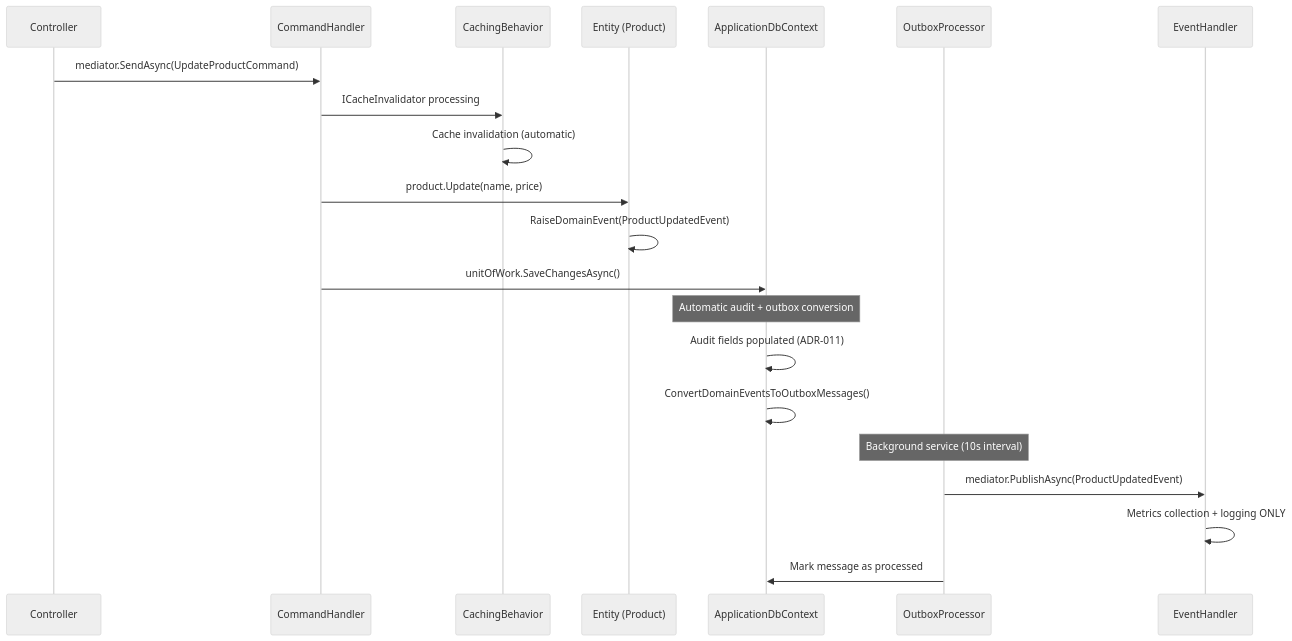
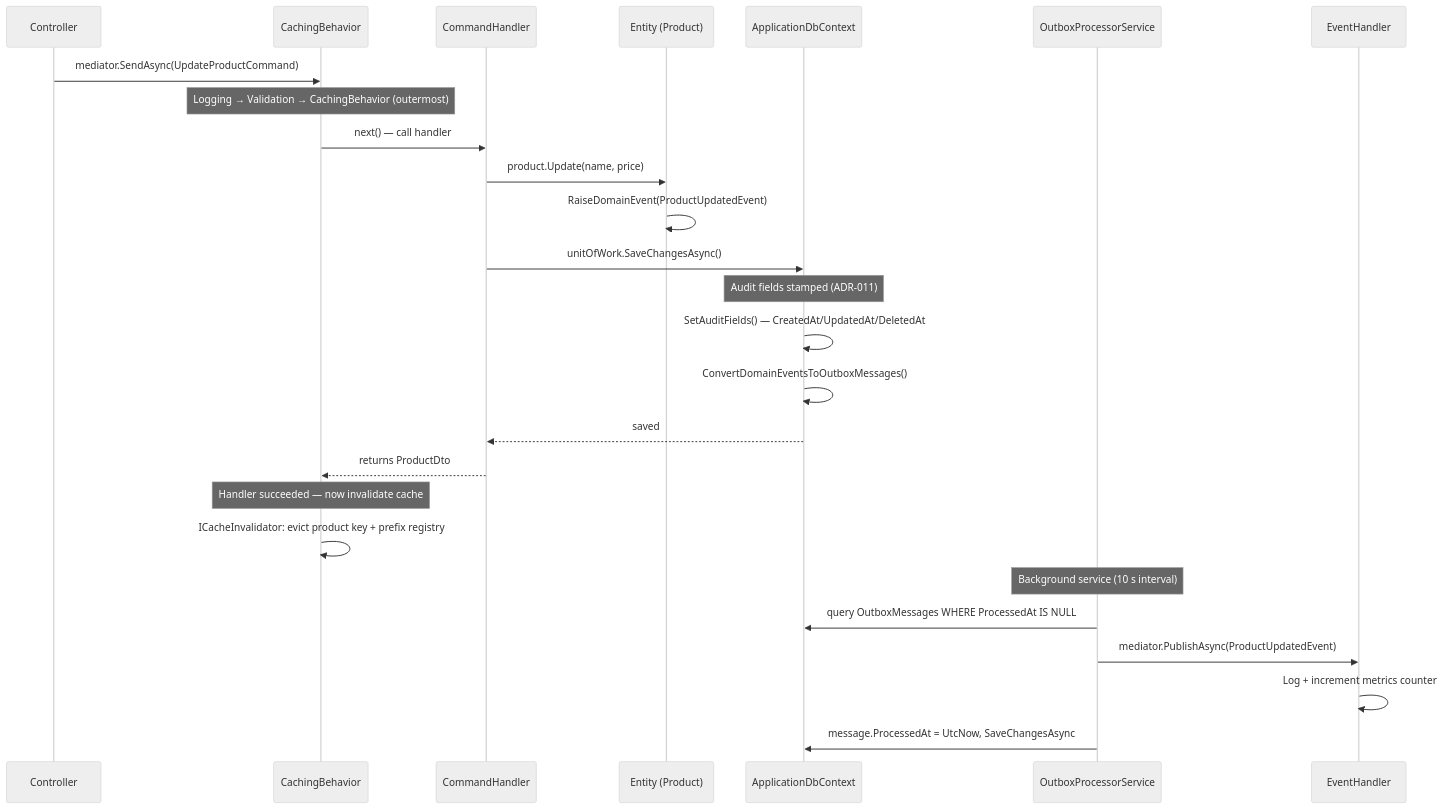
The diagram in docs/DOMAIN_EVENTS.md (MateusjsSilva/DotNet.CleanArchitecture), drawn with Mermaid (neutral theme) before and after one commit. The commit also changed other lines of this file and 10 other files, not shown here.

Commit message:
refactor: Update documentation for Domain Events and Clean Architecture, clarify caching and audit mechanisms

````diff
--- a/docs/DOMAIN_EVENTS.md
+++ b/docs/DOMAIN_EVENTS.md
@@ -9,26 +9,30 @@
 ```mermaid
 sequenceDiagram
     participant C as Controller
+    participant CB as CachingBehavior
     participant H as CommandHandler
-    participant CB as CachingBehavior
     participant E as Entity (Product)
     participant DB as ApplicationDbContext
-    participant O as OutboxProcessor
+    participant O as OutboxProcessorService
     participant EH as EventHandler
 
-    C->>H: mediator.SendAsync(UpdateProductCommand)
-    H->>CB: ICacheInvalidator processing
-    CB->>CB: Cache invalidation (automatic)
+    C->>CB: mediator.SendAsync(UpdateProductCommand)
+    Note over CB: Logging → Validation → CachingBehavior (outermost)
+    CB->>H: next() — call handler
     H->>E: product.Update(name, price)
     E->>E: RaiseDomainEvent(ProductUpdatedEvent)
     H->>DB: unitOfWork.SaveChangesAsync()
+    Note over DB: Audit fields stamped (ADR-011)
+    DB->>DB: SetAuditFields() — CreatedAt/UpdatedAt/DeletedAt
+    DB->>DB: ConvertDomainEventsToOutboxMessages()
+    DB-->>H: saved
+    H-->>CB: returns ProductDto
+    Note over CB: Handler succeeded — now invalidate cache
+    CB->>CB: ICacheInvalidator: evict product key + prefix registry
 
-    Note over DB: Automatic audit + outbox conversion
-    DB->>DB: Audit fields populated (ADR-011)
-    DB->>DB: ConvertDomainEventsToOutboxMessages()
-
-    Note over O: Background service (10s interval)
+    Note over O: Background service (10 s interval)
+    O->>DB: query OutboxMessages WHERE ProcessedAt IS NULL
     O->>EH: mediator.PublishAsync(ProductUpdatedEvent)
-    EH->>EH: Metrics collection + logging ONLY
-    O->>DB: Mark message as processed
+    EH->>EH: Log + increment metrics counter
+    O->>DB: message.ProcessedAt = UtcNow, SaveChangesAsync
 ```
````
